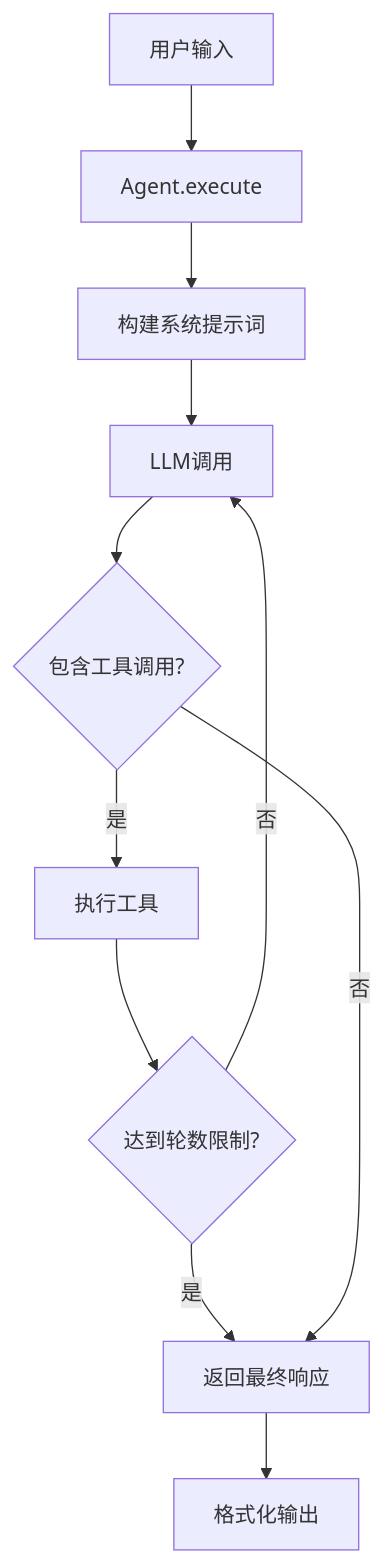
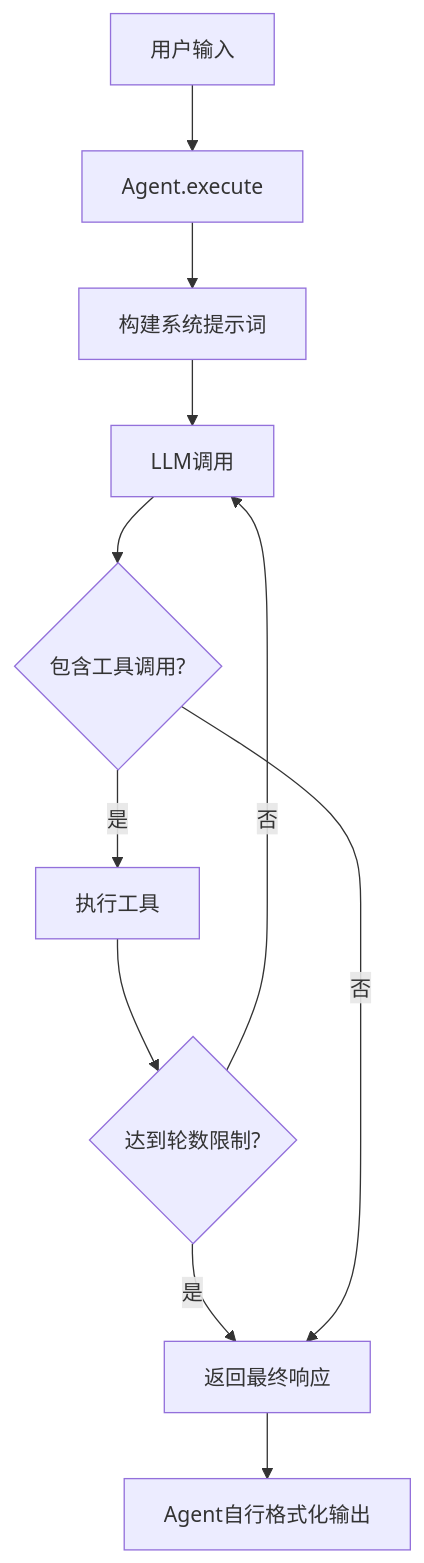
One commit to Neutrino1998/artifact-flow changed the diagram in docs/Agents模块使用指南.md. Above: the diagram before and after it, drawn with Mermaid. The commit also changed other lines of this file, not shown here.

````diff
--- a/docs/Agents模块使用指南.md
+++ b/docs/Agents模块使用指南.md
@@ -172,13 +222,13 @@
 ```mermaid
 graph TD
     A[用户输入] --> B[Agent.execute]
     B --> C[构建系统提示词]
     C --> D[LLM调用]
     D --> E{包含工具调用?}
     E -->|是| F[执行工具]
     F --> G{达到轮数限制?}
     G -->|否| D
     G -->|是| H[返回最终响应]
     E -->|否| H
-    H --> I[格式化输出]
+    H --> I[Agent自行格式化输出]
 ```
````
